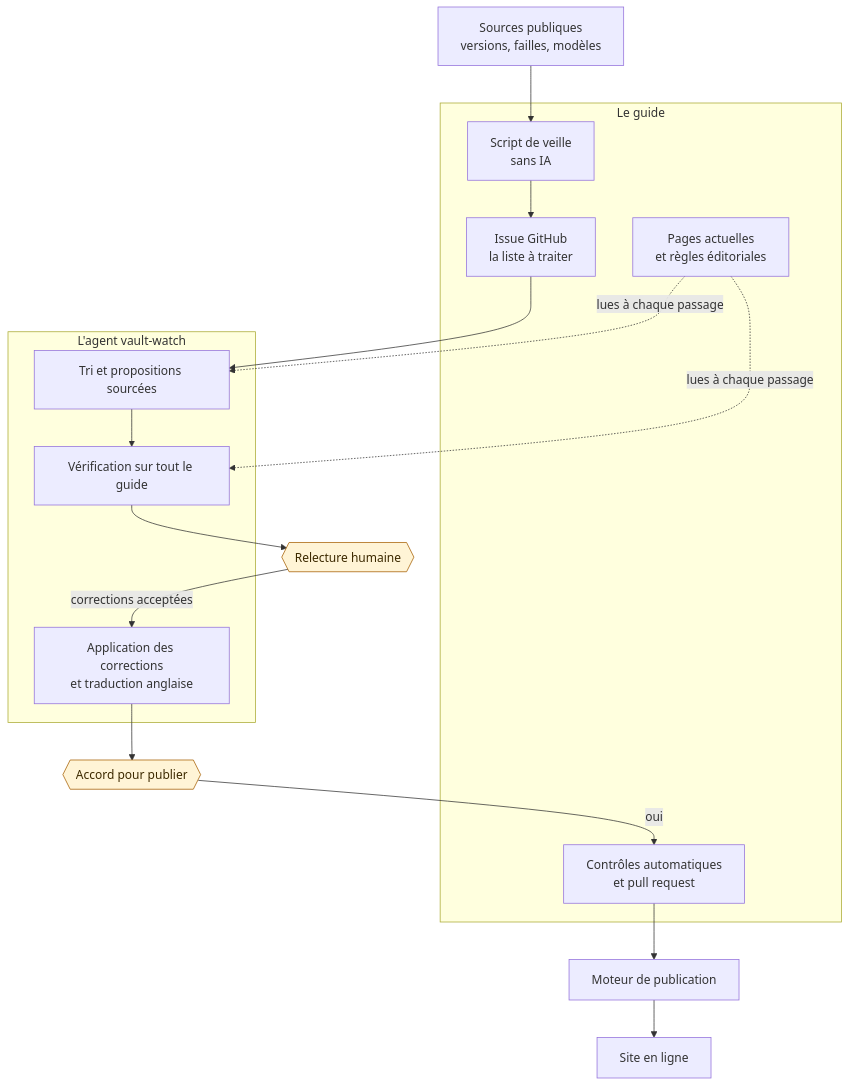
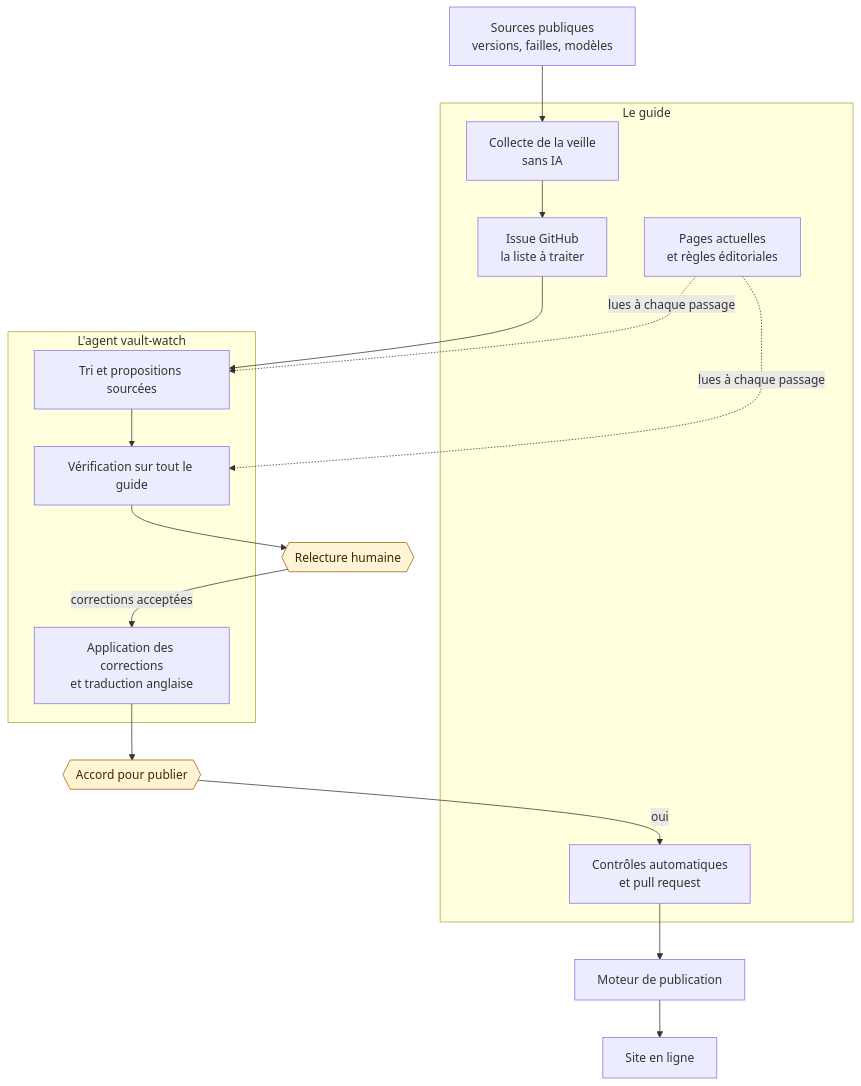
The diagram in projet/how-it-works.md (DamienBecherini/ia-on-prem-vault), drawn with Mermaid before and after one commit. The commit also changed other lines of this file and 7 other files, not shown here.

````diff
--- a/projet/how-it-works.md
+++ b/projet/how-it-works.md
@@ -26,31 +26,31 @@
 ```mermaid
 flowchart TB
   S["Sources publiques<br/>versions, failles, modèles"]
 
   subgraph G["Le guide"]
-    W["Script de veille<br/>sans IA"]
+    W["Collecte de la veille<br/>sans IA"]
     I["Issue GitHub<br/>la liste à traiter"]
     R["Pages actuelles<br/>et règles éditoriales"]
     C["Contrôles automatiques<br/>et pull request"]
   end
 
   subgraph A["L'agent vault-watch"]
     N["Tri et propositions sourcées"]
     X["Vérification sur tout le guide"]
     T["Application des corrections<br/>et traduction anglaise"]
   end
 
   H1{{"Relecture humaine"}}
   H2{{"Accord pour publier"}}
   E["Moteur de publication"]
   Site["Site en ligne"]
 
   S --> W --> I --> N --> X --> H1
   R -. "lues à chaque passage" .-> N
   R -. "lues à chaque passage" .-> X
   H1 -->|"corrections acceptées"| T --> H2
   H2 -->|"oui"| C --> E --> Site
 
   classDef human fill:#fff4d6,stroke:#a65f00,color:#3d2a00
   class H1,H2 human
 ```
````
